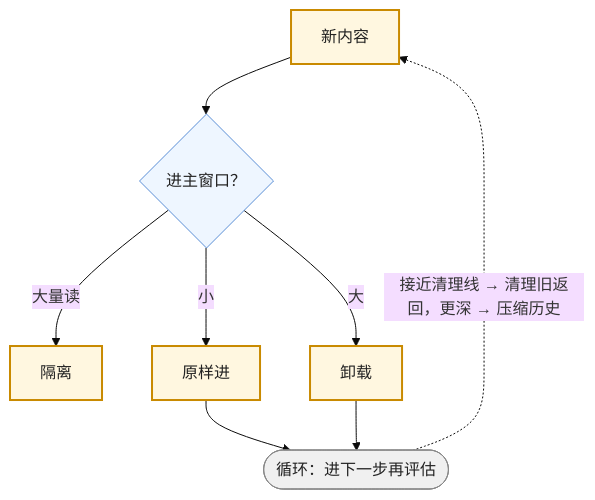
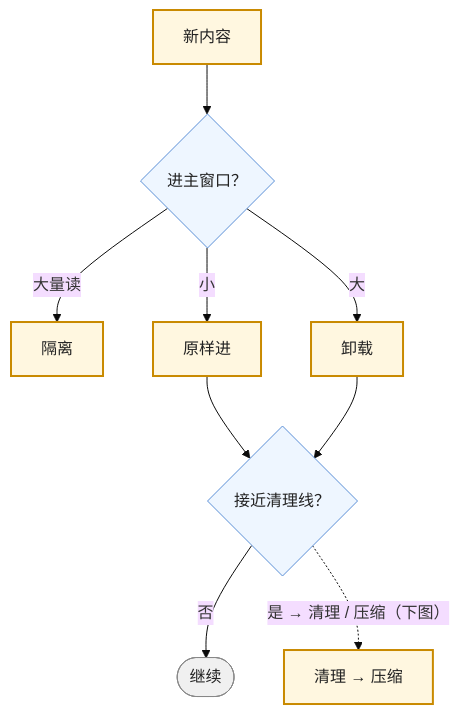
Before and after one commit to arganzheng/arganzheng.github.com: the third of 5 diagrams in slides/2026-10-11-context-engineering.md, drawn with Mermaid (base theme). The commit also changed other lines of this file, not shown here.

Commit message:
slides/context-engineering: restore dropped mermaid nodes/branches (semantic audit) — split long flows to v sub-slides

````diff
--- a/slides/2026-10-11-context-engineering.md
+++ b/slides/2026-10-11-context-engineering.md
@@ -106,18 +108,19 @@
 ```mermaid
 %%{init: {"flowchart": {"wrappingWidth": 190}}}%%
 flowchart TB
     IN["新内容"] --> Q1{"进主窗口？"}
     Q1 -->|"大量读"| ISO["隔离"]
     Q1 -->|"大"| OFF["卸载"]
     Q1 -->|"小"| ADD["原样进"]
-    ADD --> GO(["循环：进下一步再评估"])
-    OFF --> GO
-    GO -. "接近清理线 → 清理旧返回，更深 → 压缩历史" .-> IN
+    ADD --> Q2{"接近清理线？"}
+    OFF --> Q2
+    Q2 -->|"否"| GO(["继续"])
+    Q2 -. "是 → 清理 / 压缩（下图）" .-> CLR["清理 → 压缩"]
 
     classDef step fill:#fff7e0,stroke:#c98a00,stroke-width:2px,color:#222
     classDef dec fill:#eef6ff,stroke:#5b8fd6,color:#222
     classDef stop fill:#f0f0f0,stroke:#888,color:#222
     class IN,ISO,OFF,ADD,CLR step
     class Q1,Q2 dec
     class GO stop
 ```
````
